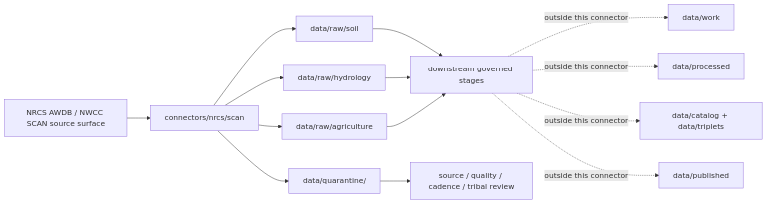
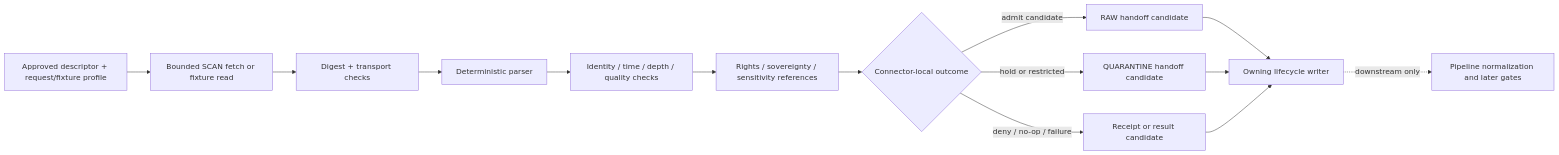
Before and after one commit to bartytime4life/Kansas-Frontier-Matrix: the diagram in connectors/nrcs/scan/README.md, drawn with Mermaid. The commit also changed other lines of this file, not shown here.

Commit message:
docs(connectors): ground nested NRCS SCAN boundary

````diff
--- a/connectors/nrcs/scan/README.md
+++ b/connectors/nrcs/scan/README.md
@@ -128,18 +883,16 @@
 ```mermaid
 flowchart LR
-  SRC[NRCS AWDB / NWCC SCAN source surface] --> CONN[connectors/nrcs/scan]
-  CONN --> RAWS[data/raw/soil]
-  CONN --> RAWH[data/raw/hydrology]
-  CONN --> RAWA[data/raw/agriculture]
-  CONN --> QUAR[data/quarantine/<domain>]
-
-  RAWS --> NEXT[downstream governed stages]
-  RAWH --> NEXT
-  RAWA --> NEXT
-  QUAR --> REVIEW[source / quality / cadence / tribal review]
-
-  NEXT -. outside this connector .-> WORK[data/work]
-  NEXT -. outside this connector .-> PROC[data/processed]
-  NEXT -. outside this connector .-> CAT[data/catalog + data/triplets]
-  NEXT -. outside this connector .-> PUB[data/published]
+  A[Approved descriptor + request/fixture profile] --> B[Bounded SCAN fetch or fixture read]
+  B --> C[Digest + transport checks]
+  C --> D[Deterministic parser]
+  D --> E[Identity / time / depth / quality checks]
+  E --> F[Rights / sovereignty / sensitivity references]
+  F --> G{Connector-local outcome}
+  G -->|admit candidate| H[RAW handoff candidate]
+  G -->|hold or restricted| I[QUARANTINE handoff candidate]
+  G -->|deny / no-op / failure| J[Receipt or result candidate]
+  H --> K[Owning lifecycle writer]
+  I --> K
+  J --> K
+  K -. downstream only .-> L[Pipeline normalization and later gates]
 ```
````
